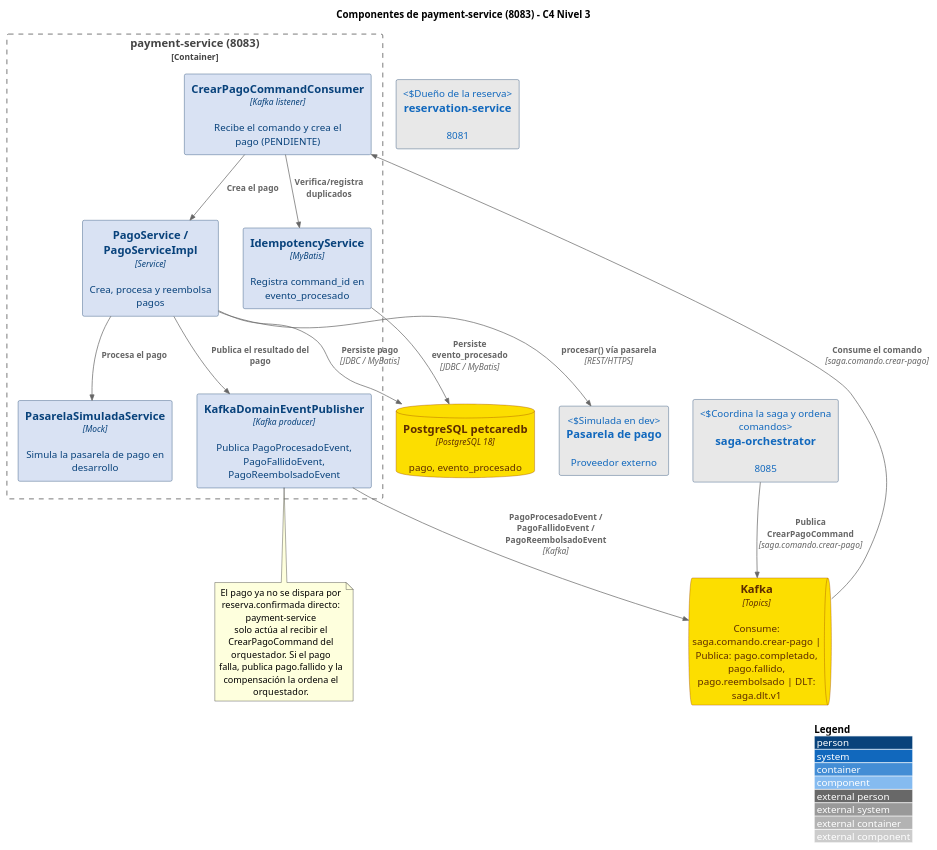
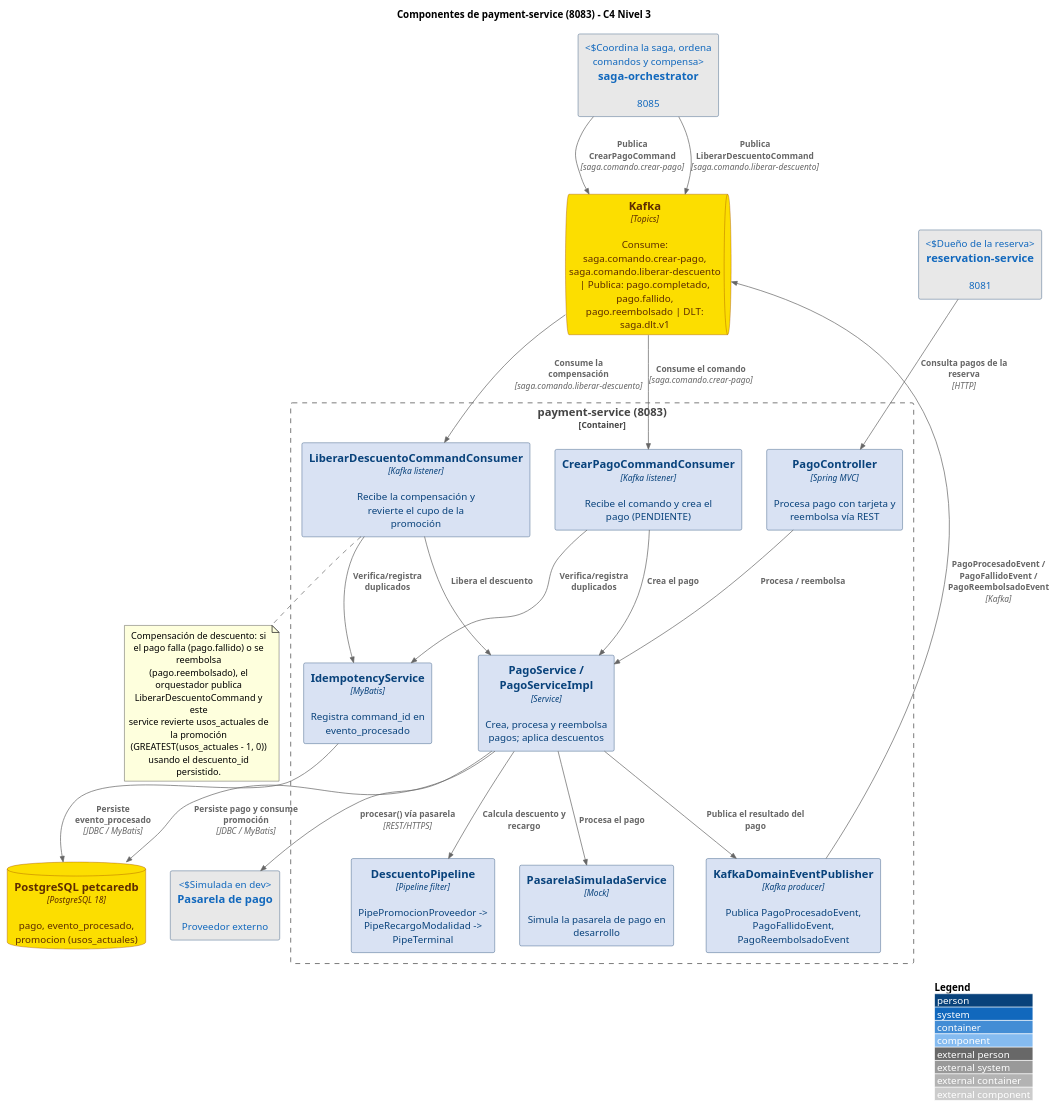
One commit to rolyjuarez/PetCare changed the diagram in diagramas/3-componentes-payment-service.puml. Above: the diagram before and after it, drawn with PlantUML. The commit also changed 44 other files, not shown here.

Commit message:
Saga Orquestador promociones

```diff
--- a/diagramas/3-componentes-payment-service.puml
+++ b/diagramas/3-componentes-payment-service.puml
@@ -1,64 +1,75 @@
 @startuml
 !includeurl https://raw.githubusercontent.com/plantuml-stdlib/C4-PlantUML/master/C4_Component.puml
 
 ' ============================================================================
 ' PETCare - Componentes de payment-service (8083) - C4 Nivel 3
 ' ============================================================================
 
 title Componentes de payment-service (8083) - C4 Nivel 3
 
 ' ---------------------------------------------------------------------------
 ' Estilos
 ' ---------------------------------------------------------------------------
 UpdateElementStyle(component, $fontColor="#08427B", $borderColor="#052F61", $bgColor="#D9E2F3")
 UpdateElementStyle(container, $fontColor="#5D2C00", $borderColor="#963B00", $bgColor="#FCDE00")
 UpdateElementStyle(database, $fontColor="#08427B", $borderColor="#052F61", $bgColor="#A9D2FF")
 UpdateElementStyle(queue, $fontColor="#1168BD", $borderColor="#052F61", $bgColor="#F5F5F5")
 UpdateElementStyle(external_system, $fontColor="#1168BD", $borderColor="#052F61", $bgColor="#E8E8E8")
 UpdateElementStyle(boundary, $borderColor="#2F4F4F", $fontColor="#2F4F4F", $bgColor="#F0F0F0")
 
 ' ---------------------------------------------------------------------------
 ' Elementos externos
 ' ---------------------------------------------------------------------------
-System_Ext(sa, "saga-orchestrator", "8085", "Coordina la saga y ordena comandos")
+System_Ext(sa, "saga-orchestrator", "8085", "Coordina la saga, ordena comandos y compensa")
 System_Ext(rs, "reservation-service", "8081", "Dueño de la reserva")
 
-ContainerQueue(kafka, "Kafka", "Topics", "Consume: saga.comando.crear-pago | Publica: pago.completado, pago.fallido, pago.reembolsado | DLT: saga.dlt.v1")
-ContainerDb(db, "PostgreSQL petcaredb", "PostgreSQL 18", "pago, evento_procesado")
+ContainerQueue(kafka, "Kafka", "Topics", "Consume: saga.comando.crear-pago, saga.comando.liberar-descuento | Publica: pago.completado, pago.fallido, pago.reembolsado | DLT: saga.dlt.v1")
+ContainerDb(db, "PostgreSQL petcaredb", "PostgreSQL 18", "pago, evento_procesado, promocion (usos_actuales)")
 System_Ext(pasarela, "Pasarela de pago", "Proveedor externo", "Simulada en dev")
 
 ' ---------------------------------------------------------------------------
 ' Componentes internos
 ' ---------------------------------------------------------------------------
 Container_Boundary(ms, "payment-service (8083)") {
     Component(ms_consumer, "CrearPagoCommandConsumer", "Kafka listener", "Recibe el comando y crea el pago (PENDIENTE)")
-    Component(ms_svc, "PagoService / PagoServiceImpl", "Service", "Crea, procesa y reembolsa pagos")
+    Component(ms_lib, "LiberarDescuentoCommandConsumer", "Kafka listener", "Recibe la compensación y revierte el cupo de la promoción")
+    Component(ms_api, "PagoController", "Spring MVC", "Procesa pago con tarjeta y reembolsa vía REST")
+    Component(ms_svc, "PagoService / PagoServiceImpl", "Service", "Crea, procesa y reembolsa pagos; aplica descuentos")
+    Component(ms_pipe, "DescuentoPipeline", "Pipeline filter", "PipePromocionProveedor -> PipeRecargoModalidad -> PipeTerminal")
     Component(ms_pasarela, "PasarelaSimuladaService", "Mock", "Simula la pasarela de pago en desarrollo")
     Component(ms_pub, "KafkaDomainEventPublisher", "Kafka producer", "Publica PagoProcesadoEvent, PagoFallidoEvent, PagoReembolsadoEvent")
     Component(ms_idem, "IdempotencyService", "MyBatis", "Registra command_id en evento_procesado")
 
     Rel(ms_consumer, ms_svc, "Crea el pago")
-    Rel(ms_consumer, ms_idem, "Verifica/registra duplicados")
+    Rel(ms_lib, ms_svc, "Libera el descuento")
+    Rel(ms_api, ms_svc, "Procesa / reembolsa")
+    Rel(ms_svc, ms_pipe, "Calcula descuento y recargo")
     Rel(ms_svc, ms_pasarela, "Procesa el pago")
     Rel(ms_svc, ms_pub, "Publica el resultado del pago")
+    Rel(ms_consumer, ms_idem, "Verifica/registra duplicados")
+    Rel(ms_lib, ms_idem, "Verifica/registra duplicados")
 }
 
 ' ---------------------------------------------------------------------------
 ' Relaciones con el exterior
 ' ---------------------------------------------------------------------------
 Rel(sa, kafka, "Publica CrearPagoCommand", "saga.comando.crear-pago")
+Rel(sa, kafka, "Publica LiberarDescuentoCommand", "saga.comando.liberar-descuento")
 Rel(kafka, ms_consumer, "Consume el comando", "saga.comando.crear-pago")
+Rel(kafka, ms_lib, "Consume la compensación", "saga.comando.liberar-descuento")
+Rel(rs, ms_api, "Consulta pagos de la reserva", "HTTP")
 Rel(ms_svc, pasarela, "procesar() vía pasarela", "REST/HTTPS")
 Rel(ms_pub, kafka, "PagoProcesadoEvent / PagoFallidoEvent / PagoReembolsadoEvent", "Kafka")
-Rel(ms_svc, db, "Persiste pago", "JDBC / MyBatis")
+Rel(ms_svc, db, "Persiste pago y consume promoción", "JDBC / MyBatis")
 Rel(ms_idem, db, "Persiste evento_procesado", "JDBC / MyBatis")
 
-note bottom of ms_pub
-  El pago ya no se dispara por reserva.confirmada directo: payment-service
-  solo actúa al recibir el CrearPagoCommand del orquestador. Si el pago
-  falla, publica pago.fallido y la compensación la ordena el orquestador.
+note bottom of ms_lib
+  Compensación de descuento: si el pago falla (pago.fallido) o se reembolsa
+  (pago.reembolsado), el orquestador publica LiberarDescuentoCommand y este
+  service revierte usos_actuales de la promoción
+  (GREATEST(usos_actuales - 1, 0)) usando el descuento_id persistido.
 end note
 
 LAYOUT_WITH_LEGEND()
 
 @enduml
```
